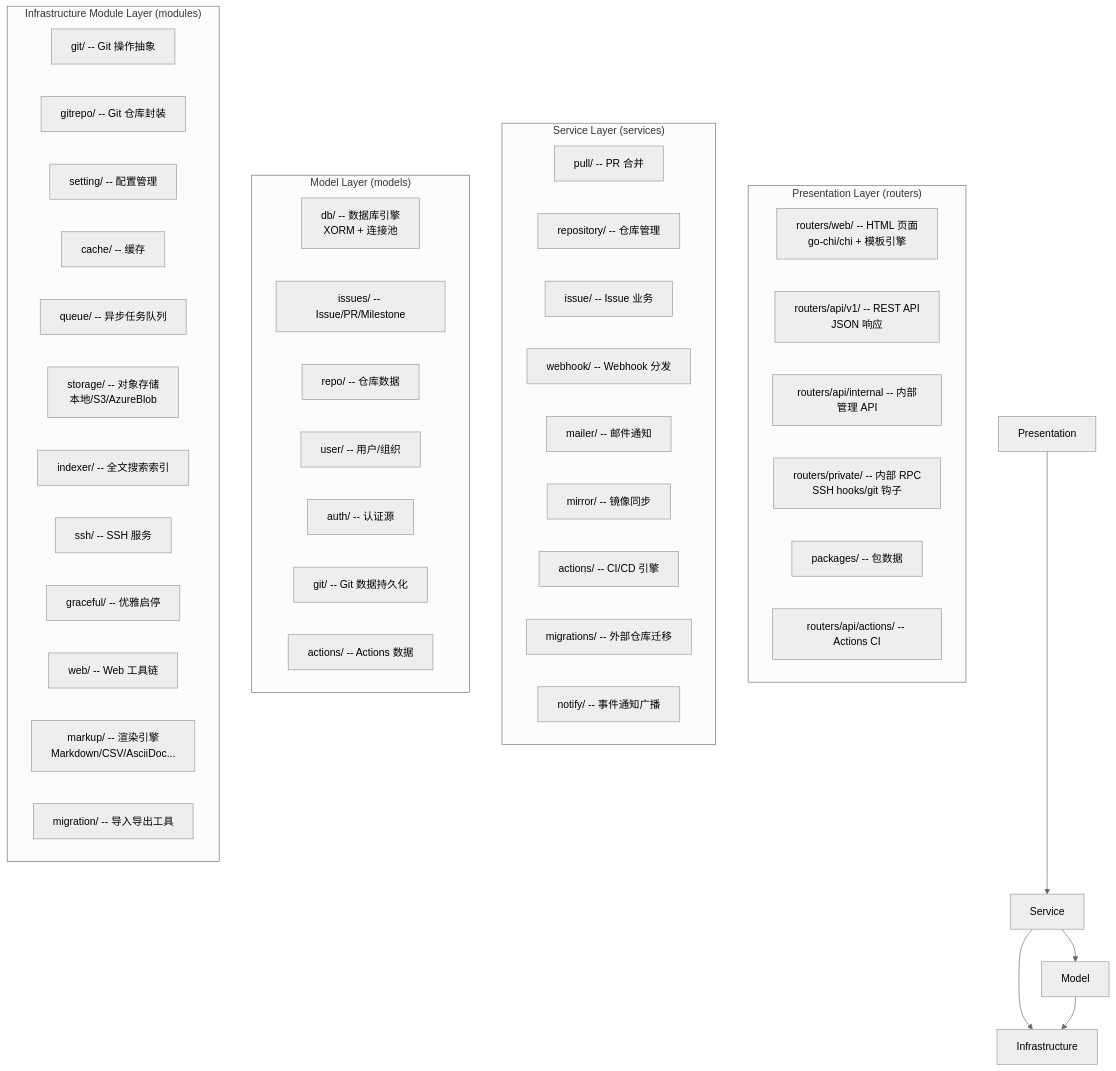
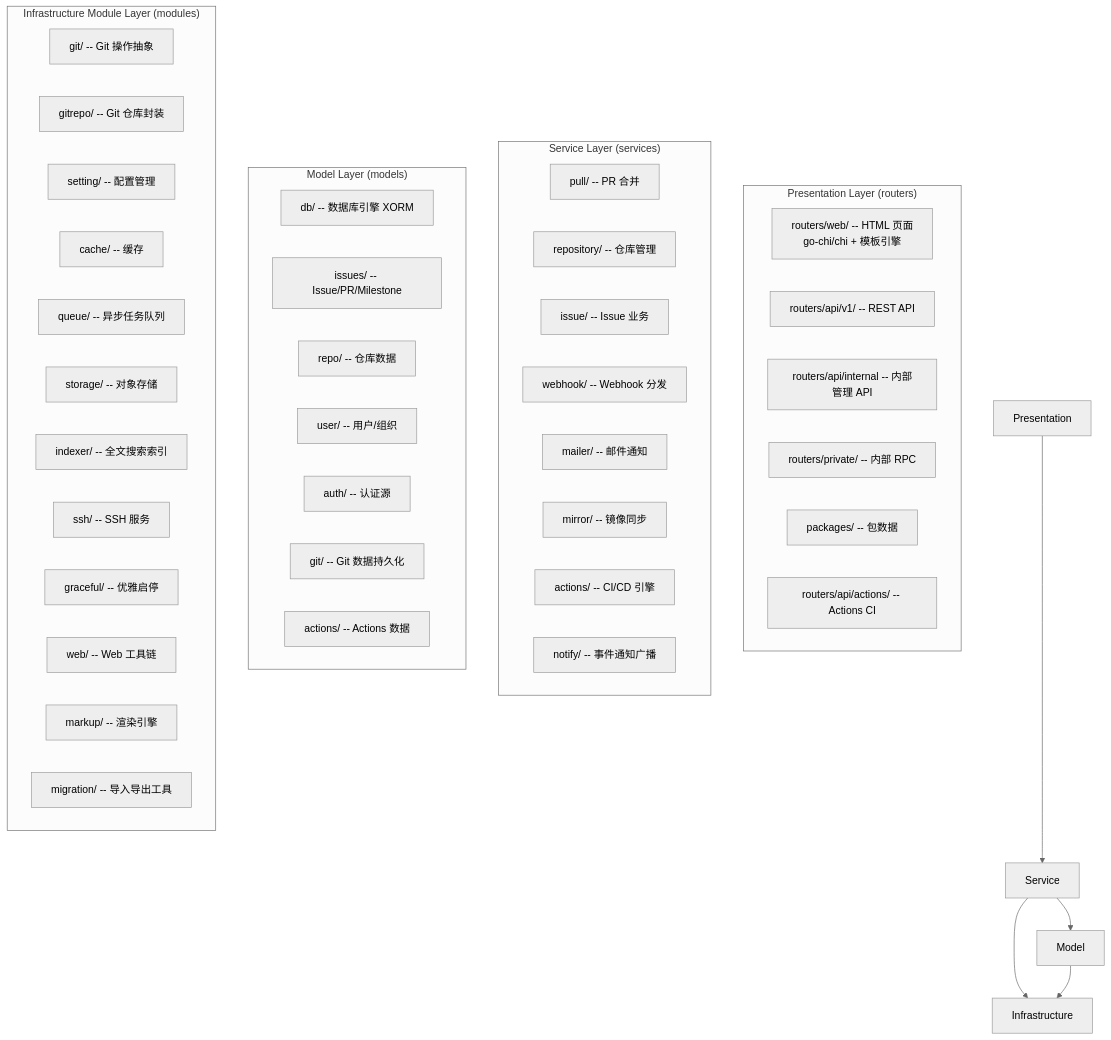
The first of 2 diagrams in analyses/gitea/README.md (wangbinyq/opensource-arch), drawn with Mermaid (neutral theme) before and after one commit. The commit also changed other lines of this file and 8 other files, not shown here.

````diff
--- a/analyses/gitea/README.md
+++ b/analyses/gitea/README.md
@@ -26,54 +30,53 @@
 ```mermaid
 graph TB
     subgraph "Presentation Layer (routers)"
         Web["routers/web/ -- HTML 页面<br/>go-chi/chi + 模板引擎"]
-        APIv1["routers/api/v1/ -- REST API<br/>JSON 响应"]
+        APIv1["routers/api/v1/ -- REST API"]
         APIInternal["routers/api/internal -- 内部管理 API"]
-        Private["routers/private/ -- 内部 RPC<br/>SSH hooks/git 钩子"]
-        Packages["routers/api/packages/ -- 包管理 API<br/>Maven/PyPI/..."]
+        Private["routers/private/ -- 内部 RPC"]
+        Packages["routers/api/packages/ -- 包管理 API"]
         ActionsAPI["routers/api/actions/ -- Actions CI"]
     end
 
     subgraph "Service Layer (services)"
         PullSvc["pull/ -- PR 合并"]
         RepoSvc["repository/ -- 仓库管理"]
         IssueSvc["issue/ -- Issue 业务"]
         WebhookSvc["webhook/ -- Webhook 分发"]
         MailerSvc["mailer/ -- 邮件通知"]
         MirrorSvc["mirror/ -- 镜像同步"]
         ActionsSvc["actions/ -- CI/CD 引擎"]
-        MigrateSvc["migrations/ -- 外部仓库迁移"]
         NotifySvc["notify/ -- 事件通知广播"]
     end
 
     subgraph "Model Layer (models)"
-        DB["db/ -- 数据库引擎<br/>XORM + 连接池"]
+        DB["db/ -- 数据库引擎 XORM"]
         Issues["issues/ -- Issue/PR/Milestone"]
         Repo["repo/ -- 仓库数据"]
         User["user/ -- 用户/组织"]
         Auth["auth/ -- 认证源"]
         Git["git/ -- Git 数据持久化"]
         Actions["actions/ -- Actions 数据"]
         Packages["packages/ -- 包数据"]
     end
 
     subgraph "Infrastructure Module Layer (modules)"
         GitMod["git/ -- Git 操作抽象"]
         GitRepo["gitrepo/ -- Git 仓库封装"]
         Setting["setting/ -- 配置管理"]
         Cache["cache/ -- 缓存"]
         Queue["queue/ -- 异步任务队列"]
-        Storage["storage/ -- 对象存储<br/>本地/S3/AzureBlob"]
+        Storage["storage/ -- 对象存储"]
         Indexer["indexer/ -- 全文搜索索引"]
         SSH["ssh/ -- SSH 服务"]
         Graceful["graceful/ -- 优雅启停"]
         WebMod["web/ -- Web 工具链"]
-        Markup["markup/ -- 渲染引擎<br/>Markdown/CSV/AsciiDoc..."]
+        Markup["markup/ -- 渲染引擎"]
         Migration["migration/ -- 导入导出工具"]
     end
 
     Presentation --> Service
     Service --> Model
     Service --> Infrastructure
     Model --> Infrastructure
 ```
````
